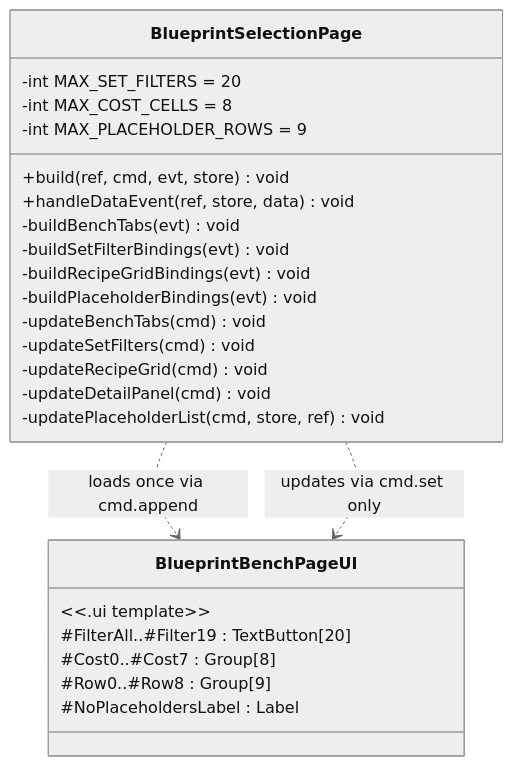
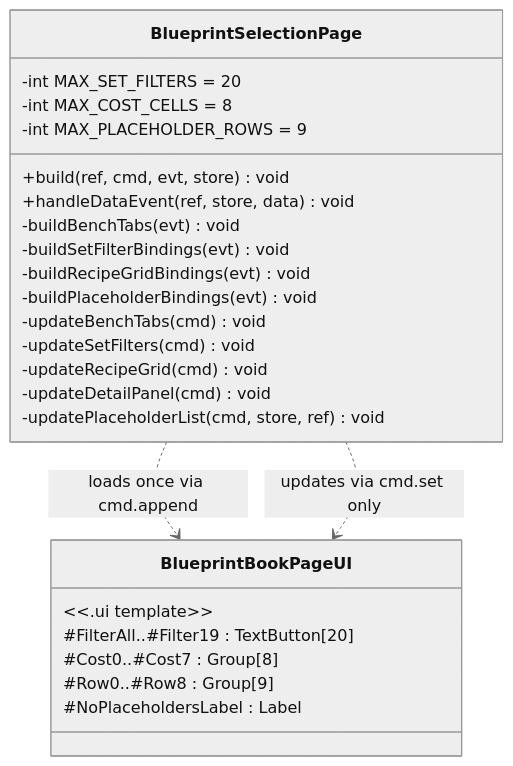
The first of 3 diagrams in docs/design-load-update-separation.md (TheCodeCreature/Hytale-Example-Plugin), drawn with Mermaid (neutral theme) before and after one commit. The commit also changed other lines of this file and 120 other files, not shown here.

First line of the commit message:
Refactor Blueprint Bench to Blueprint Book

````diff
--- a/docs/design-load-update-separation.md
+++ b/docs/design-load-update-separation.md
@@ -20,30 +20,30 @@
 ```mermaid
 classDiagram
     class BlueprintSelectionPage {
         -int MAX_SET_FILTERS = 20
         -int MAX_COST_CELLS = 8
         -int MAX_PLACEHOLDER_ROWS = 9
         +build(ref, cmd, evt, store) void
         +handleDataEvent(ref, store, data) void
         -buildBenchTabs(evt) void
         -buildSetFilterBindings(evt) void
         -buildRecipeGridBindings(evt) void
         -buildPlaceholderBindings(evt) void
         -updateBenchTabs(cmd) void
         -updateSetFilters(cmd) void
         -updateRecipeGrid(cmd) void
         -updateDetailPanel(cmd) void
         -updatePlaceholderList(cmd, store, ref) void
     }
 
-    class BlueprintBenchPageUI {
+    class BlueprintBookPageUI {
         &lt;&lt;.ui template&gt;&gt;
         #FilterAll..#Filter19 : TextButton[20]
         #Cost0..#Cost7 : Group[8]
         #Row0..#Row8 : Group[9]
         #NoPlaceholdersLabel : Label
     }
 
-    BlueprintSelectionPage ..> BlueprintBenchPageUI : loads once via cmd.append
-    BlueprintSelectionPage ..> BlueprintBenchPageUI : updates via cmd.set only
+    BlueprintSelectionPage ..> BlueprintBookPageUI : loads once via cmd.append
+    BlueprintSelectionPage ..> BlueprintBookPageUI : updates via cmd.set only
 ```
````
